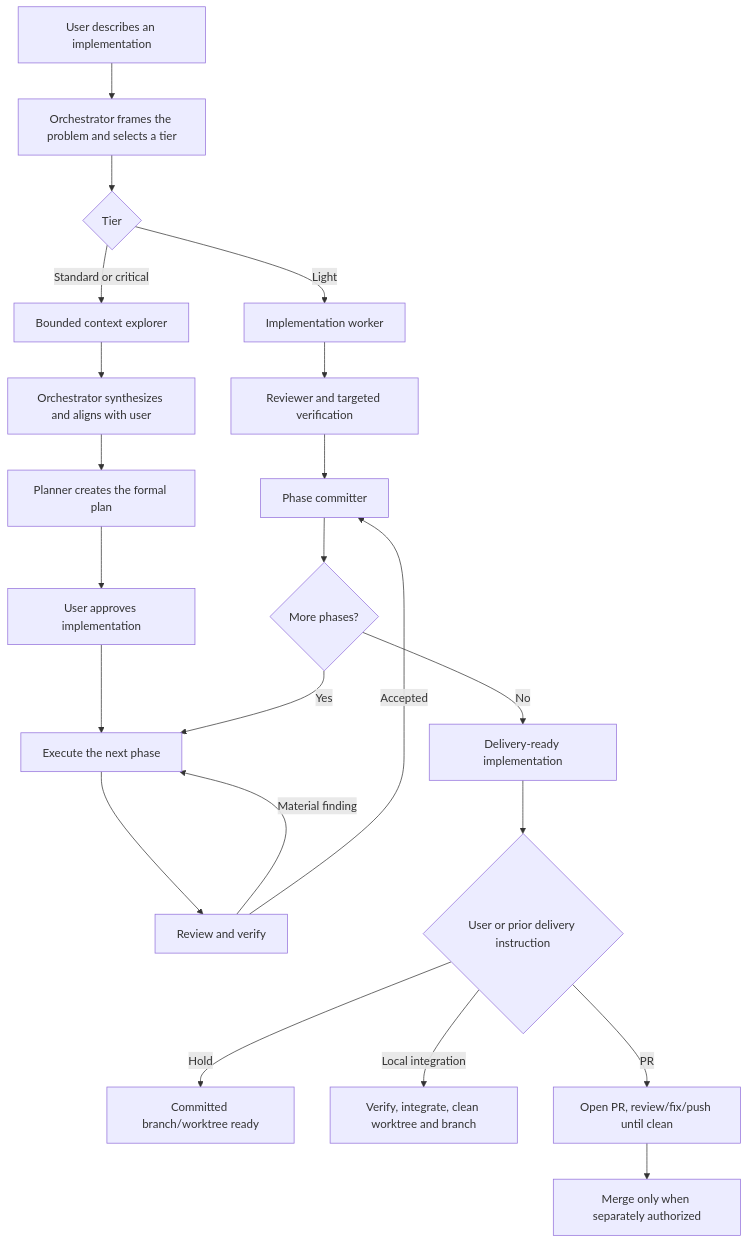
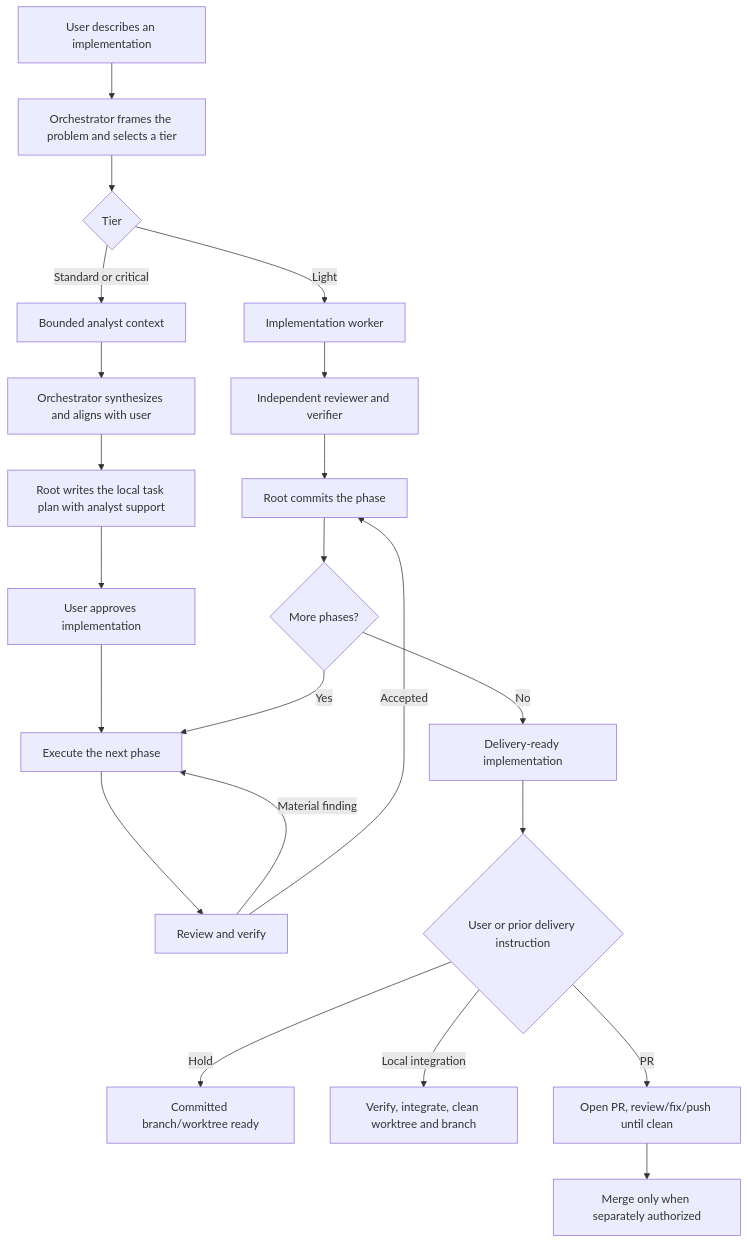
One commit to FranciscoJSBarragan/Orchestra changed the diagram in docs/WORKFLOW.md. Above: the diagram before and after it, drawn with Mermaid. The commit also changed other lines of this file and 5 other files, not shown here.

First line of the commit message:
docs: define composable agent and local plan contracts

````diff
--- a/docs/WORKFLOW.md
+++ b/docs/WORKFLOW.md
@@ -5,24 +5,24 @@
 ```mermaid
 flowchart TD
     U["User describes an implementation"] --> O["Orchestrator frames the problem and selects a tier"]
     O --> L{"Tier"}
     L -->|"Light"| LW["Implementation worker"]
-    LW --> LR["Reviewer and targeted verification"]
-    L -->|"Standard or critical"| C["Bounded context explorer"]
+    LW --> LR["Independent reviewer and verifier"]
+    L -->|"Standard or critical"| C["Bounded analyst context"]
     C --> S["Orchestrator synthesizes and aligns with user"]
-    S --> P["Planner creates the formal plan"]
+    S --> P["Root writes the local task plan with analyst support"]
     P --> A["User approves implementation"]
     A --> F["Execute the next phase"]
     F --> R["Review and verify"]
     R -->|"Material finding"| F
-    R -->|"Accepted"| M["Phase committer"]
+    R -->|"Accepted"| M["Root commits the phase"]
     M --> N{"More phases?"}
     N -->|"Yes"| F
     N -->|"No"| D["Delivery-ready implementation"]
     LR --> M
     D --> H{"User or prior delivery instruction"}
     H -->|"Hold"| X["Committed branch/worktree ready"]
     H -->|"Local integration"| LI["Verify, integrate, clean worktree and branch"]
     H -->|"PR"| PR["Open PR, review/fix/push until clean"]
     PR --> PM["Merge only when separately authorized"]
 ```
````
